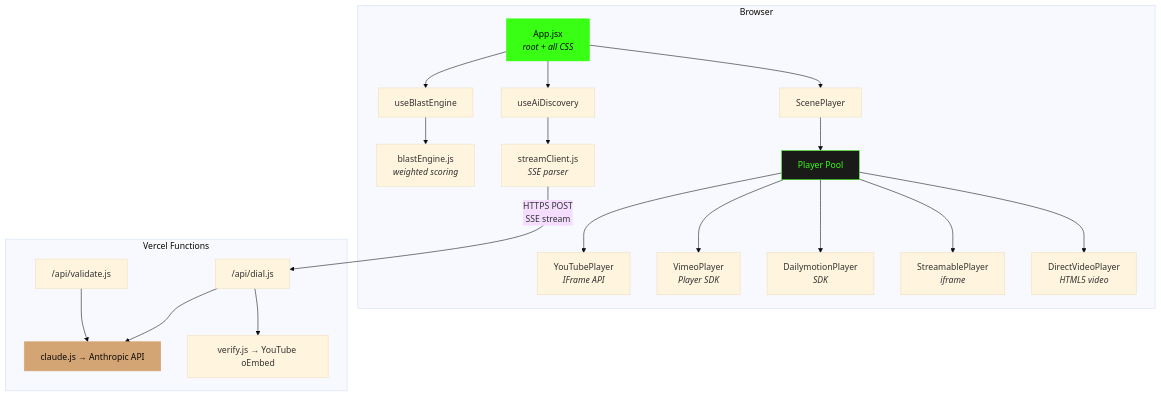
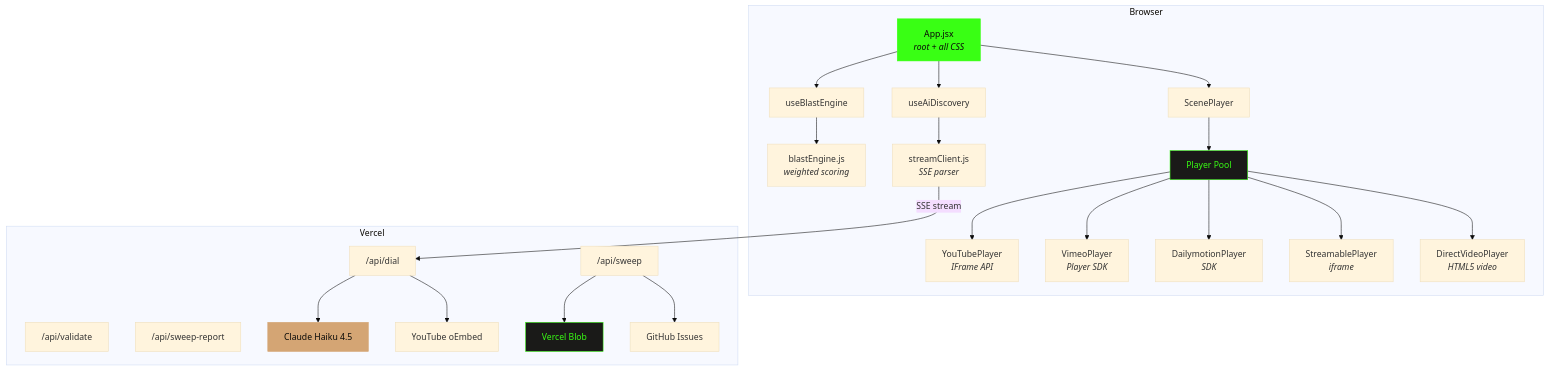
The second of 8 diagrams in README.md (BurntFrost/so-i-started-blasting), drawn with Mermaid (base theme) before and after one commit. The commit also changed other lines of this file, not shown here.

First line of the commit message:
docs: rewrite README for Vercel consolidation and visitor audience

````diff
--- a/README.md
+++ b/README.md
@@ -82,33 +83,37 @@
 ```mermaid
 graph TB
     subgraph Browser
         App["App.jsx<br/><i>root + all CSS</i>"]
         App --> BE["useBlastEngine"]
         App --> AI["useAiDiscovery"]
         App --> SP["ScenePlayer"]
 
         BE --> Engine["blastEngine.js<br/><i>weighted scoring</i>"]
         AI --> Stream["streamClient.js<br/><i>SSE parser</i>"]
 
         SP --> Pool["Player Pool"]
         Pool --> YT["YouTubePlayer<br/><i>IFrame API</i>"]
         Pool --> VM["VimeoPlayer<br/><i>Player SDK</i>"]
         Pool --> DM["DailymotionPlayer<br/><i>SDK</i>"]
         Pool --> ST["StreamablePlayer<br/><i>iframe</i>"]
         Pool --> DV["DirectVideoPlayer<br/><i>HTML5 video</i>"]
     end
 
-    subgraph Vercel Functions
-        Dial["/api/dial.js"]
-        Validate["/api/validate.js"]
-        Dial --> Claude["claude.js → Anthropic API"]
-        Dial --> Verify["verify.js → YouTube oEmbed"]
-        Validate --> Claude
+    subgraph Vercel
+        Dial["/api/dial"]
+        Validate["/api/validate"]
+        Sweep["/api/sweep"]
+        Report["/api/sweep-report"]
+        Dial --> Claude["Claude Haiku 4.5"]
+        Dial --> Verify["YouTube oEmbed"]
+        Sweep --> Blob["Vercel Blob"]
+        Sweep --> GH["GitHub Issues"]
     end
 
-    Stream -->|"HTTPS POST<br/>SSE stream"| Dial
+    Stream -->|"SSE stream"| Dial
 
     style App fill:#39ff14,color:#0a0a08,stroke:#39ff14
     style Pool fill:#1a1a18,color:#39ff14,stroke:#39ff14
     style Claude fill:#d4a574,color:#0a0a08,stroke:#d4a574
+    style Blob fill:#1a1a18,color:#39ff14,stroke:#39ff14
 ```
````
